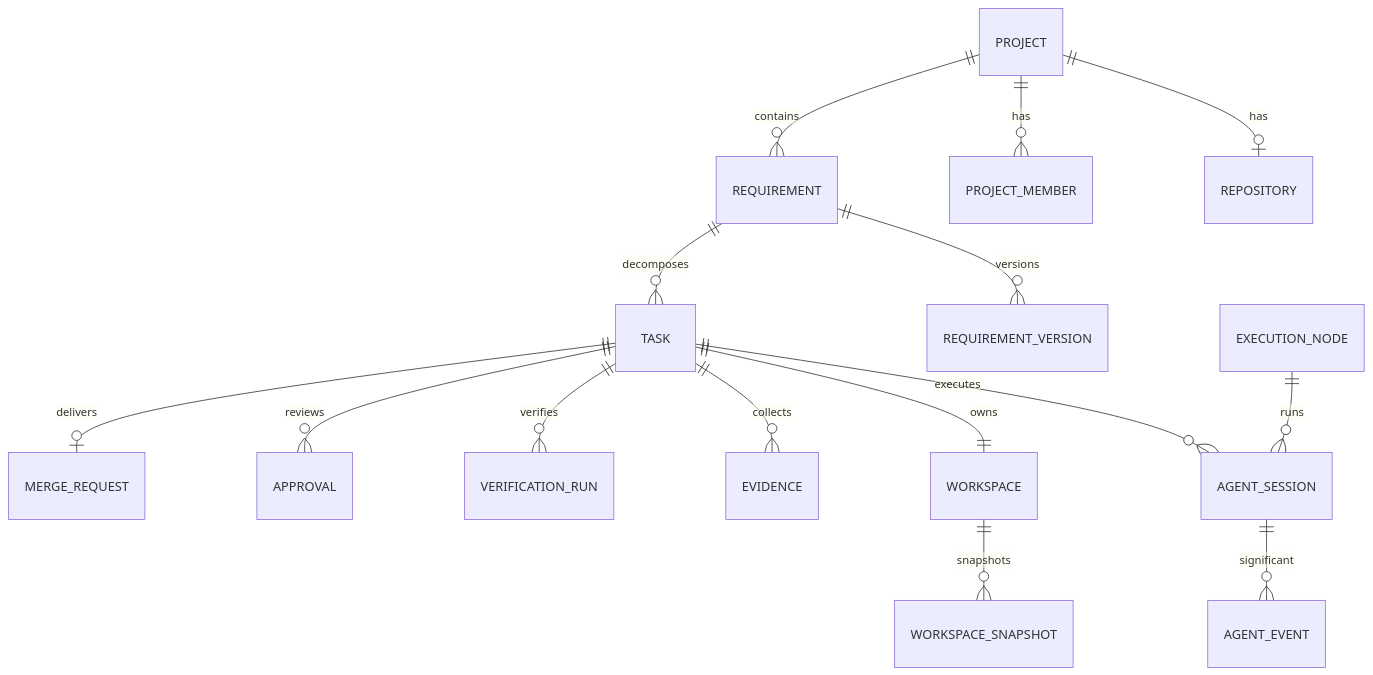
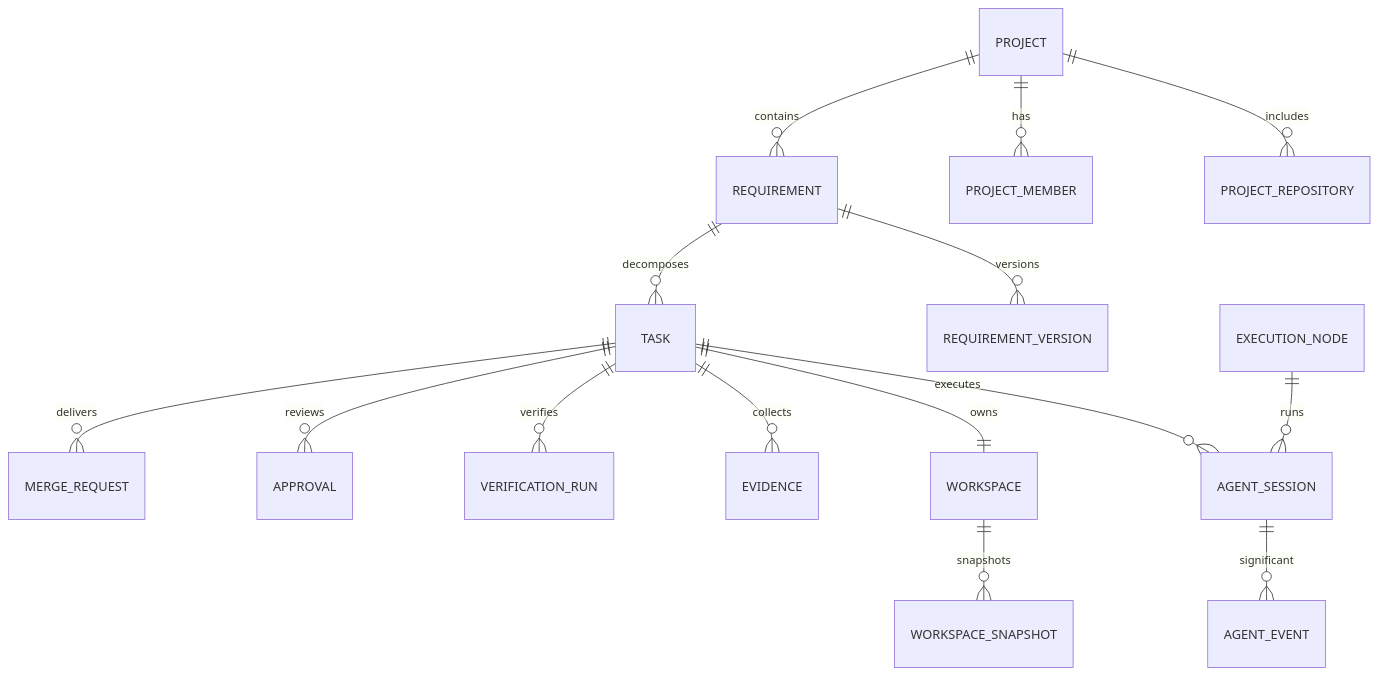
Before and after one commit to pfyangf/ForgePilot: the fourth of 5 diagrams in docs/architecture/system-architecture.md, drawn with Mermaid. The commit also changed other lines of this file and 106 other files, not shown here.

````diff
--- a/docs/architecture/system-architecture.md
+++ b/docs/architecture/system-architecture.md
@@ -458,17 +464,17 @@
 ```mermaid
 erDiagram
-    PROJECT ||--o| REPOSITORY : has
+    PROJECT ||--o{ PROJECT_REPOSITORY : includes
     PROJECT ||--o{ PROJECT_MEMBER : has
     PROJECT ||--o{ REQUIREMENT : contains
     REQUIREMENT ||--o{ REQUIREMENT_VERSION : versions
     REQUIREMENT ||--o{ TASK : decomposes
     TASK ||--o{ AGENT_SESSION : executes
     TASK ||--|| WORKSPACE : owns
     WORKSPACE ||--o{ WORKSPACE_SNAPSHOT : snapshots
     AGENT_SESSION ||--o{ AGENT_EVENT : significant
     EXECUTION_NODE ||--o{ AGENT_SESSION : runs
     TASK ||--o{ EVIDENCE : collects
     TASK ||--o{ VERIFICATION_RUN : verifies
     TASK ||--o{ APPROVAL : reviews
-    TASK ||--o| MERGE_REQUEST : delivers
+    TASK ||--o{ MERGE_REQUEST : delivers
 ```
````
